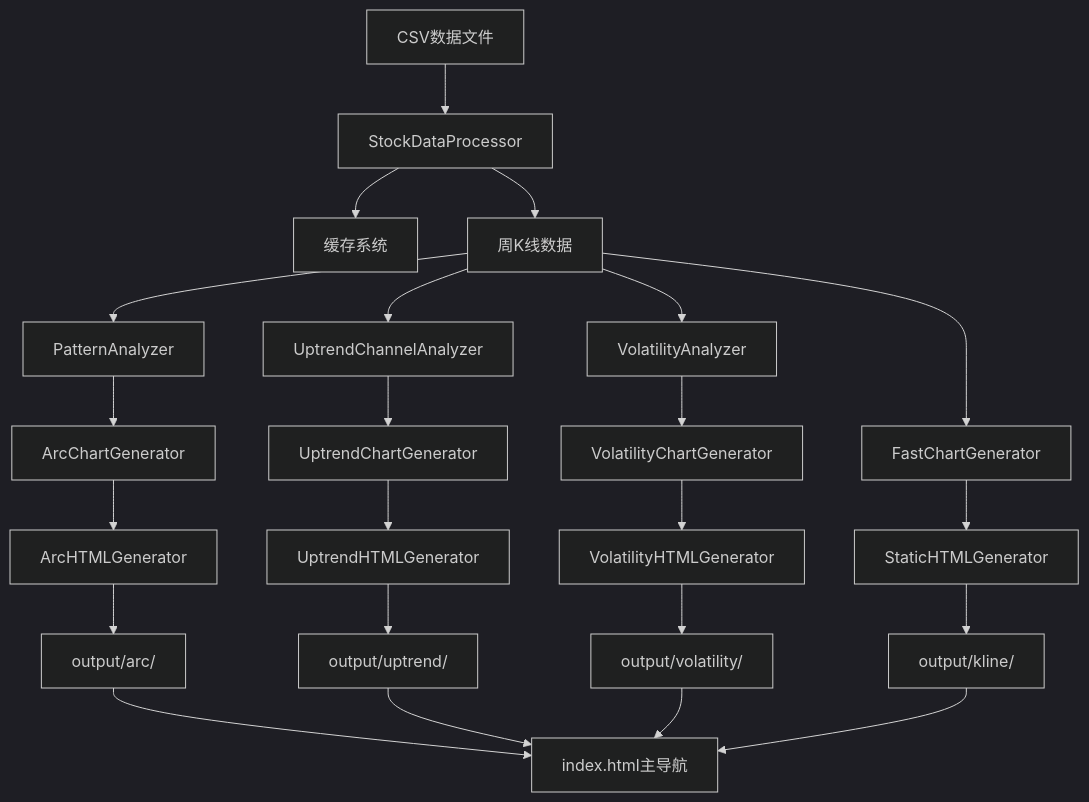
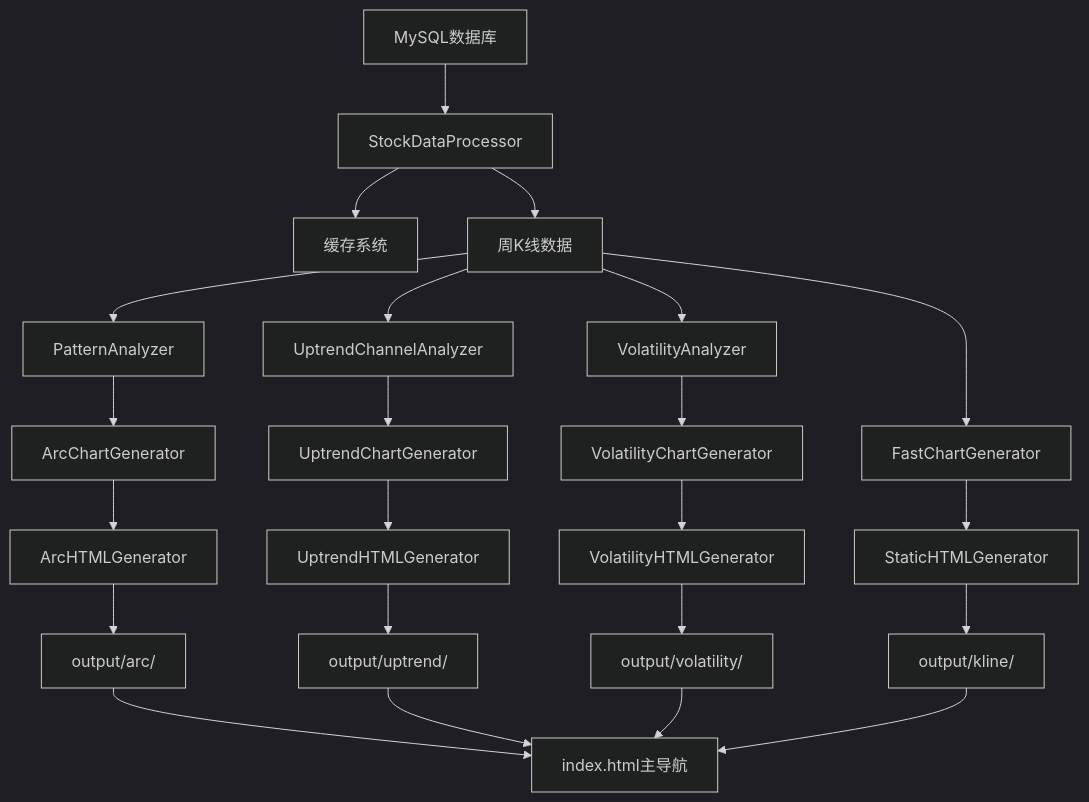
One commit to Super-Curve/week changed the diagram in PROJECT_STRUCTURE_AND_FLOW.md. Above: the diagram before and after it, drawn with Mermaid (dark theme). The commit also changed other lines of this file and 35 other files, not shown here.

````diff
--- a/PROJECT_STRUCTURE_AND_FLOW.md
+++ b/PROJECT_STRUCTURE_AND_FLOW.md
@@ -270,30 +270,30 @@
 ```mermaid
 graph TD
-    A[CSV数据文件] --> B[StockDataProcessor]
+    A[MySQL数据库] --> B[StockDataProcessor]
     B --> C[缓存系统]
     B --> D[周K线数据]
     
     D --> E[PatternAnalyzer]
     D --> F[UptrendChannelAnalyzer]
     D --> G[VolatilityAnalyzer]
     
     E --> H[ArcChartGenerator]
     F --> I[UptrendChartGenerator]
     G --> J[VolatilityChartGenerator]
     D --> K[FastChartGenerator]
     
     H --> L[ArcHTMLGenerator]
     I --> M[UptrendHTMLGenerator]
     J --> N[VolatilityHTMLGenerator]
     K --> O[StaticHTMLGenerator]
     
     L --> P[output/arc/]
     M --> Q[output/uptrend/]
     N --> R[output/volatility/]
     O --> S[output/kline/]
     
     P --> T[index.html主导航]
     Q --> T
     R --> T
     S --> T
 ```
````
